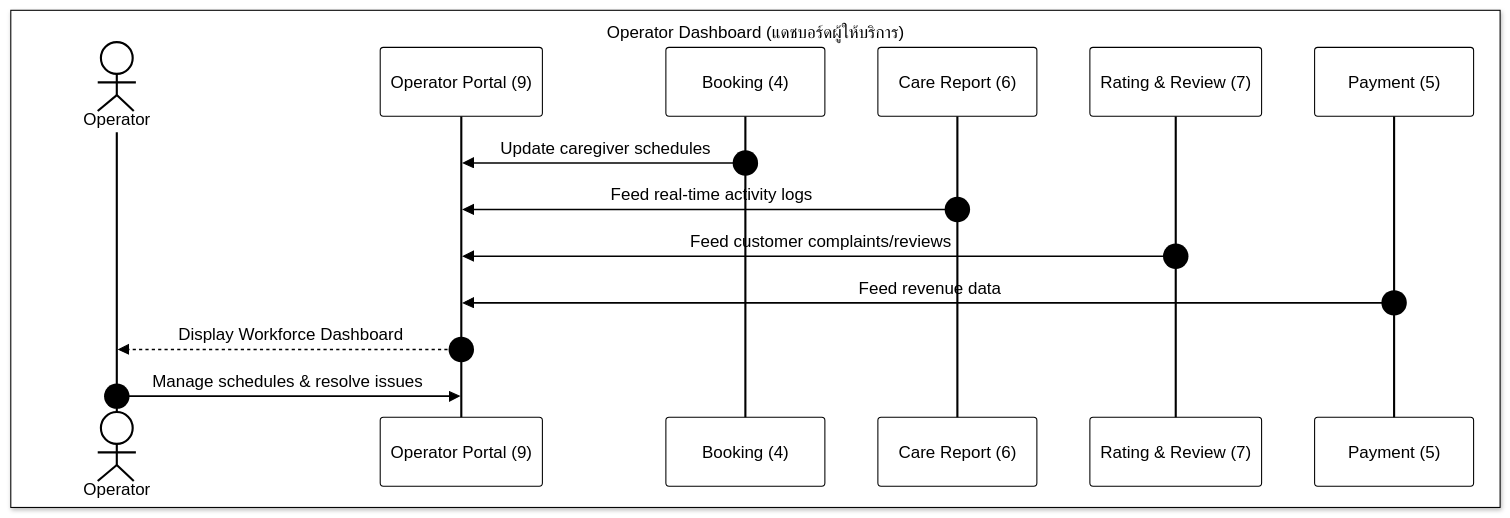
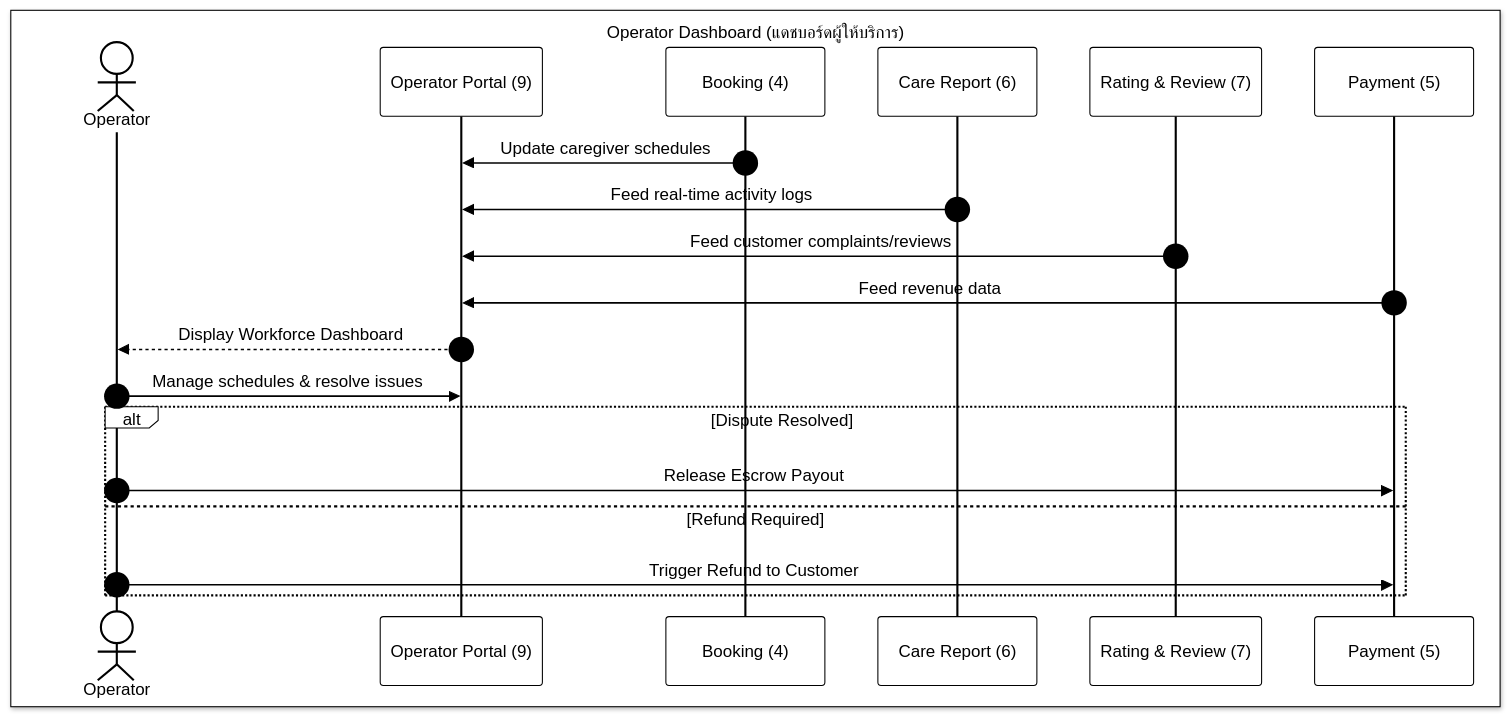
Before and after one commit to warattapobwaiarsa/CareDee_Project_Doc: the fourth of 6 diagrams in workflow/WORKFLOW.md, drawn with Mermaid. The commit also changed other lines of this file and 6 other files, not shown here.

````diff
--- a/workflow/WORKFLOW.md
+++ b/workflow/WORKFLOW.md
@@ -185,21 +201,26 @@
 ```mermaid
 %%{init: { 'theme': 'base', 'themeVariables': { 'darkMode': false, 'background': '#ffffff', 'mainBkg': '#ffffff', 'primaryColor': '#ffffff', 'primaryTextColor': '#000000', 'primaryBorderColor': '#000000', 'lineColor': '#000000', 'secondaryColor': '#ffffff', 'tertiaryColor': '#ffffff', 'actorBkg': '#ffffff', 'actorTextColor': '#000000', 'actorLineColor': '#000000', 'participantBkg': '#ffffff', 'participantTextColor': '#000000', 'participantBorderColor': '#000000', 'signalColor': '#000000', 'signalTextColor': '#000000', 'labelTextColor': '#000000', 'loopTextColor': '#000000', 'noteBkgColor': '#ffffff', 'noteTextColor': '#000000', 'activationBkgColor': '#ffffff', 'activationBorderColor': '#000000', 'sequenceNumberColor': '#000000' }, 'themeCSS': 'svg { background-color: white !important; background: white !important; } rect, circle, path, line, polygon, .labelBox, .cluster rect, .actor, .participant, .note, .activation { fill: white !important; stroke: black !important; stroke-width: 2px !important; } text, tspan, .loopText, .messageText, .noteText, .sequenceNumber { fill: black !important; color: black !important; font-weight: bold !important; font-size: 14px !important; } .cluster rect { stroke-dasharray: 0 !important; }' } }%%
 sequenceDiagram
     autonumber
 
     box white Operator Dashboard (แดชบอร์ดผู้ให้บริการ)
         actor OP as Operator
         participant Portal as Operator Portal (9)
         participant BK as Booking (4)
         participant CR as Care Report (6)
         participant RR as Rating & Review (7)
         participant PM as Payment (5)
     end
 
     BK->>Portal: Update caregiver schedules
     CR->>Portal: Feed real-time activity logs
     RR->>Portal: Feed customer complaints/reviews
     PM->>Portal: Feed revenue data
     Portal-->>OP: Display Workforce Dashboard
     OP->>Portal: Manage schedules & resolve issues
+    alt Dispute Resolved
+        OP->>PM: Release Escrow Payout
+    else Refund Required
+        OP->>PM: Trigger Refund to Customer
+    end
 ```
````
